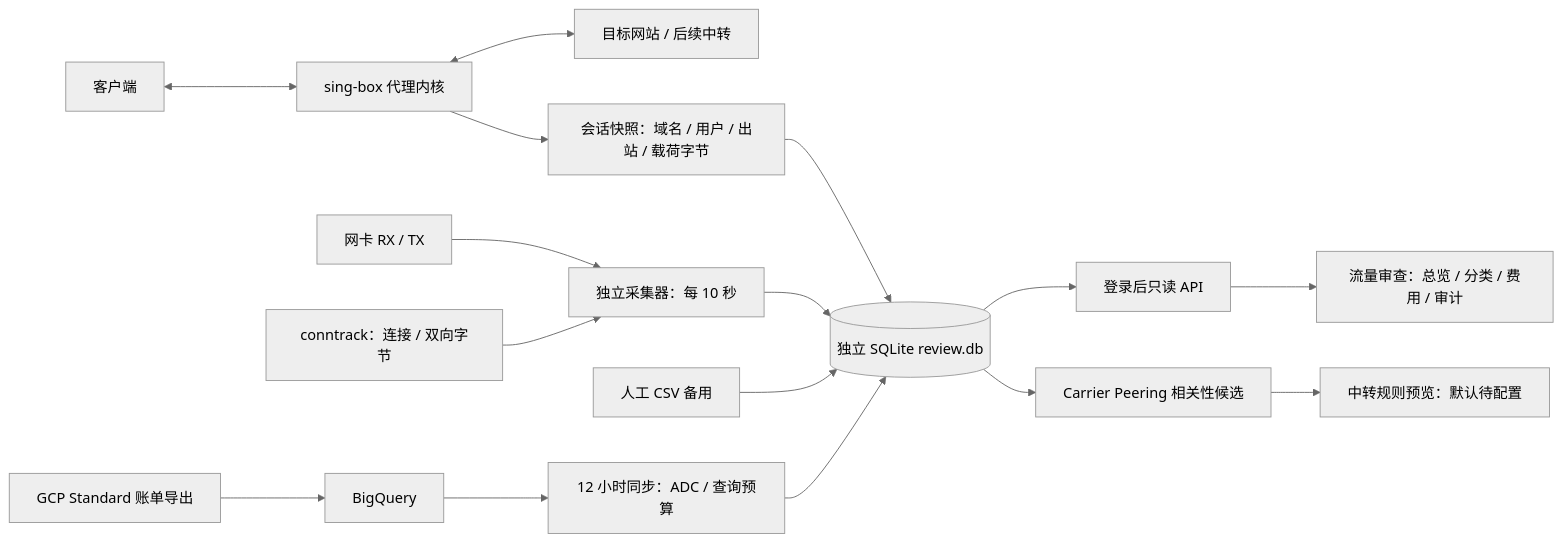
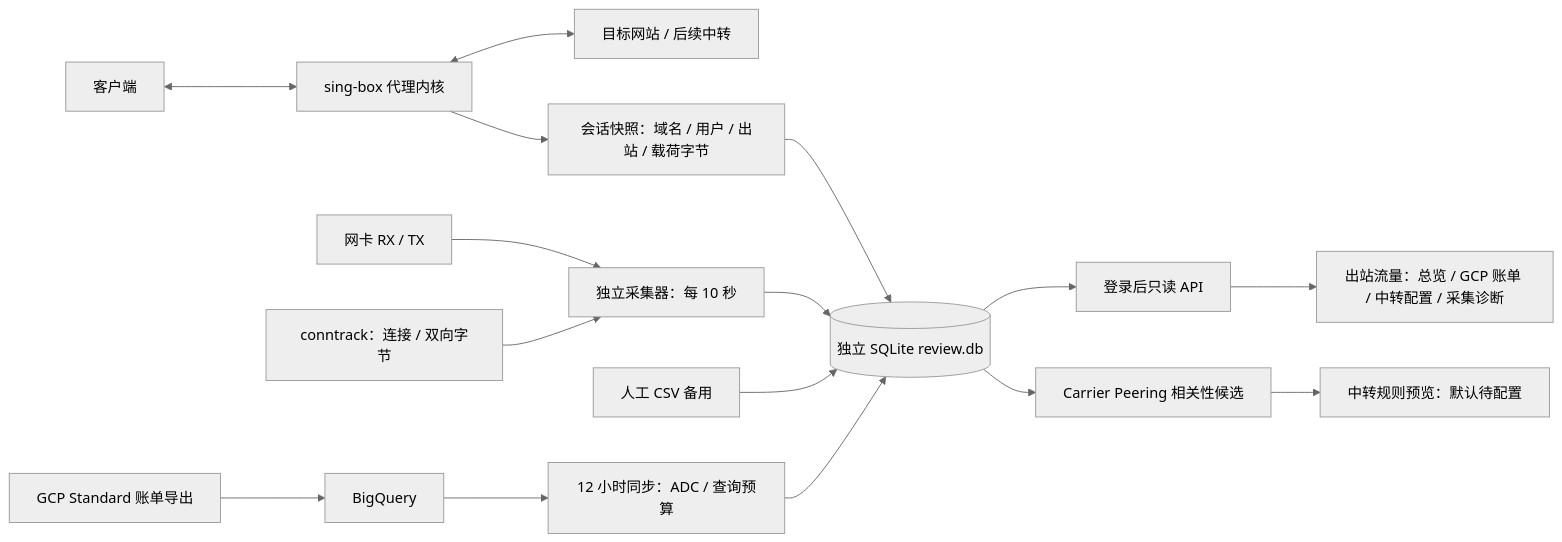
One commit to JamesAlaHZS/s-ui-gpc-optimize changed the diagram in docs/vps-deployment.zh-CN.md. Above: the diagram before and after it, drawn with Mermaid (neutral theme). The commit also changed other lines of this file and 25 other files, not shown here.

````diff
--- a/docs/vps-deployment.zh-CN.md
+++ b/docs/vps-deployment.zh-CN.md
@@ -19,17 +21,17 @@
 ```mermaid
 flowchart LR
   Client[客户端] <--> Core[sing-box 代理内核] <--> Remote[目标网站 / 后续中转]
   Core --> Sessions[会话快照：域名 / 用户 / 出站 / 载荷字节]
   NIC[网卡 RX / TX] --> Collector[独立采集器：每 10 秒]
   CT[conntrack：连接 / 双向字节] --> Collector
   Sessions --> DB[(独立 SQLite review.db)]
   Collector --> DB
   Export[GCP Standard 账单导出] --> BQ[BigQuery]
   BQ --> Sync[12 小时同步：ADC / 查询预算]
   CSV[人工 CSV 备用] --> DB
   Sync --> DB
   DB --> API[登录后只读 API]
-  API --> UI[流量审查：总览 / 分类 / 费用 / 审计]
+  API --> UI[出站流量：总览 / GCP 账单 / 中转配置 / 采集诊断]
   DB --> Analysis[Carrier Peering 相关性候选]
   Analysis --> Preview[中转规则预览：默认待配置]
 ```
````
